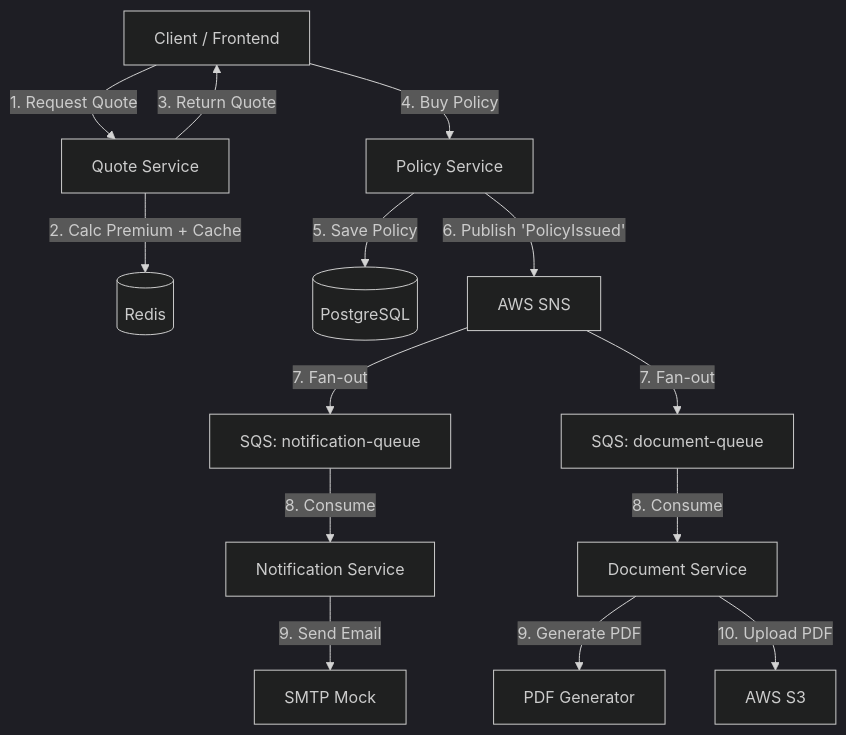
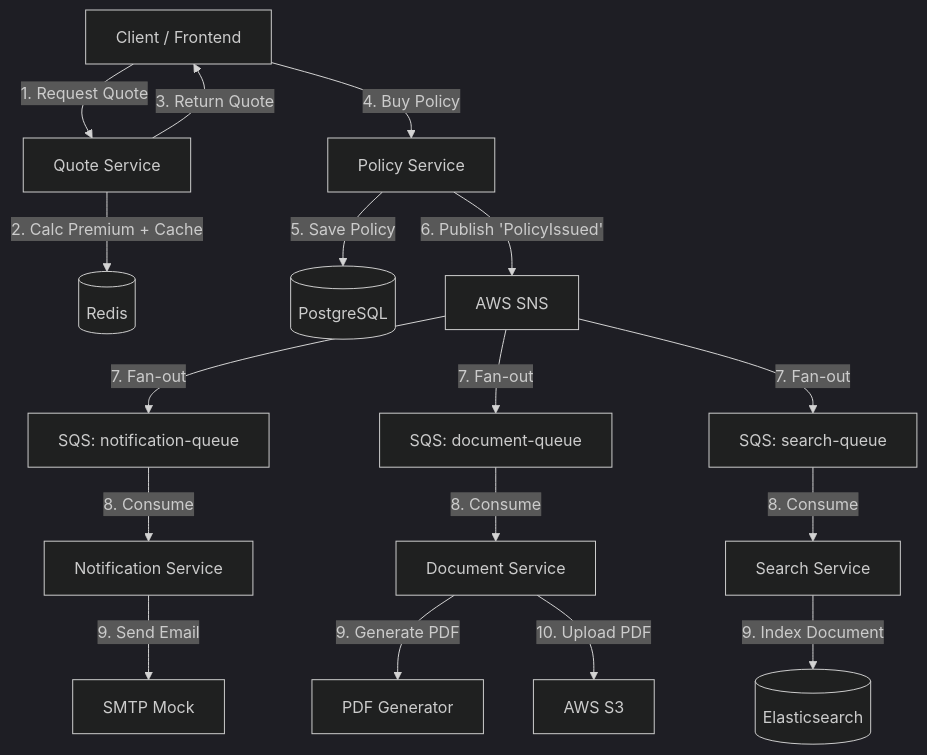
One commit to dawidbera/insure-cloud changed the diagram in README.md. Above: the diagram before and after it, drawn with Mermaid (dark theme). The commit also changed other lines of this file and 12 other files, not shown here.

Commit message:
feat: implement search-service and update documentation

````diff
--- a/README.md
+++ b/README.md
@@ -28,20 +29,24 @@
 ```mermaid
 graph TD
     Client[Client / Frontend] -->|1. Request Quote| API_Quote[Quote Service]
     API_Quote -->|2. Calc Premium + Cache| Redis[(Redis)]
     API_Quote -->|3. Return Quote| Client
     
     Client -->|4. Buy Policy| API_Policy[Policy Service]
     API_Policy -->|5. Save Policy| DB_Postgres[(PostgreSQL)]
     API_Policy -->|6. Publish 'PolicyIssued'| SNS[AWS SNS]
     
     SNS -->|7. Fan-out| SQS_Notif[SQS: notification-queue]
     SNS -->|7. Fan-out| SQS_Doc[SQS: document-queue]
+    SNS -->|7. Fan-out| SQS_Search[SQS: search-queue]
     
     SQS_Notif -->|8. Consume| Service_Notif[Notification Service]
     Service_Notif -->|9. Send Email| Email[SMTP Mock]
     
     SQS_Doc -->|8. Consume| Service_Doc[Document Service]
     Service_Doc -->|9. Generate PDF| PDF[PDF Generator]
     Service_Doc -->|10. Upload PDF| S3[AWS S3]
+
+    SQS_Search -->|8. Consume| Service_Search[Search Service]
+    Service_Search -->|9. Index Document| ES[(Elasticsearch)]
 ```
````
